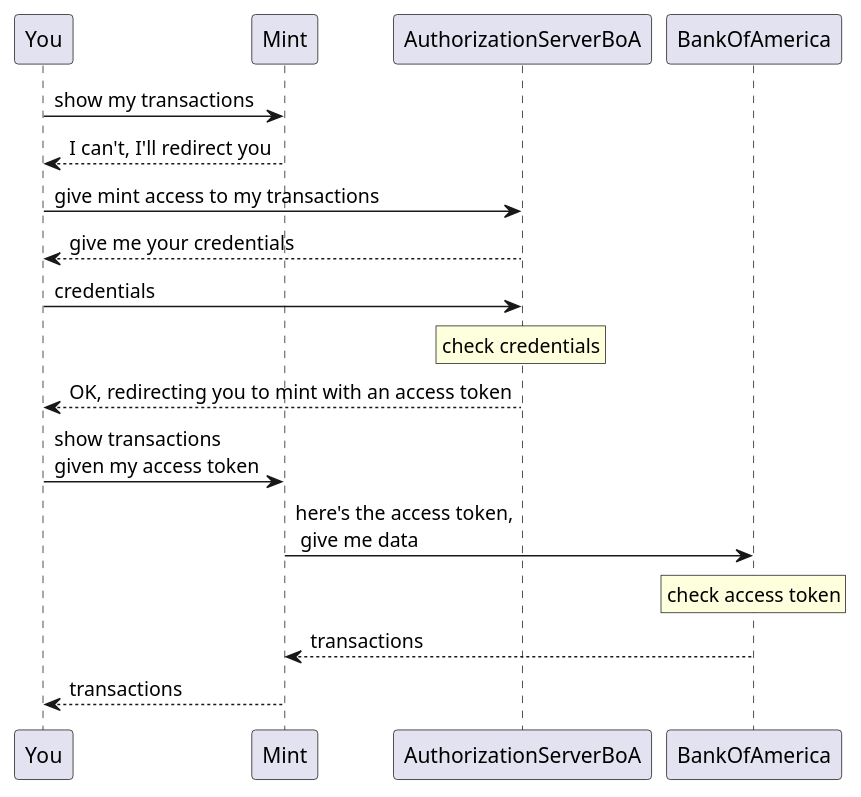
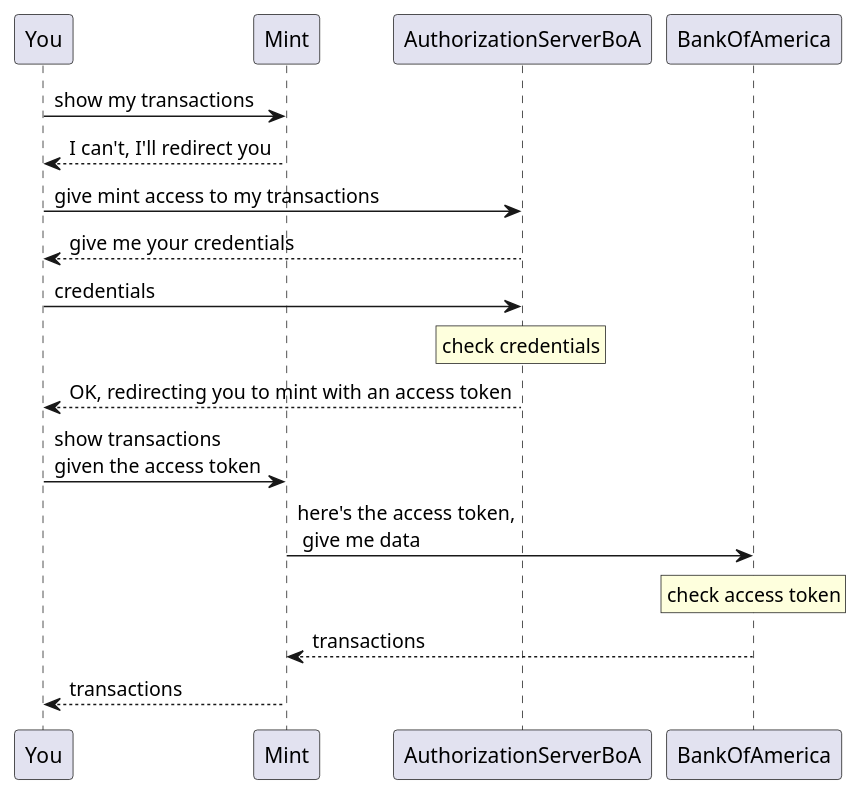
Before and after one commit to sheymans/elementsOf: the diagram in oauth2/images/access_token_only_mint.puml, drawn with PlantUML. The commit also changed 4 other files, not shown here.

```diff
--- a/oauth2/images/access_token_only_mint.puml
+++ b/oauth2/images/access_token_only_mint.puml
@@ -1,18 +1,18 @@
 @startuml
 You -> Mint: show my transactions
 Mint --> You: I can't, I'll redirect you
 You -> AuthorizationServerBoA: give mint access to my transactions
 AuthorizationServerBoA --> You: give me your credentials
 You -> AuthorizationServerBoA: credentials
 rnote over AuthorizationServerBoA
   check credentials
 endrnote
 AuthorizationServerBoA --> You: OK, redirecting you to mint with an access token
-You -> Mint: show transactions \ngiven my access token
+You -> Mint: show transactions \ngiven the access token
 Mint -> BankOfAmerica: here's the access token,\n give me data
 rnote over BankOfAmerica
   check access token
 endrnote
 BankOfAmerica --> Mint: transactions
 Mint --> You: transactions
 @enduml
```
